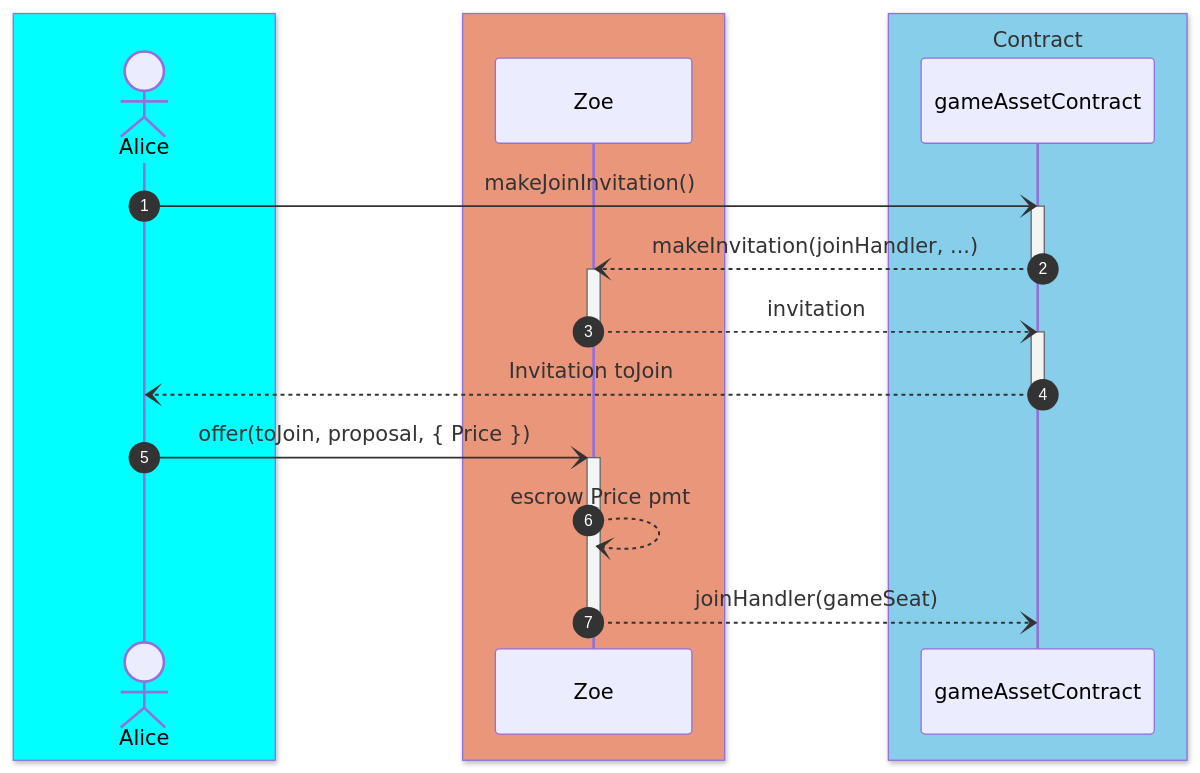
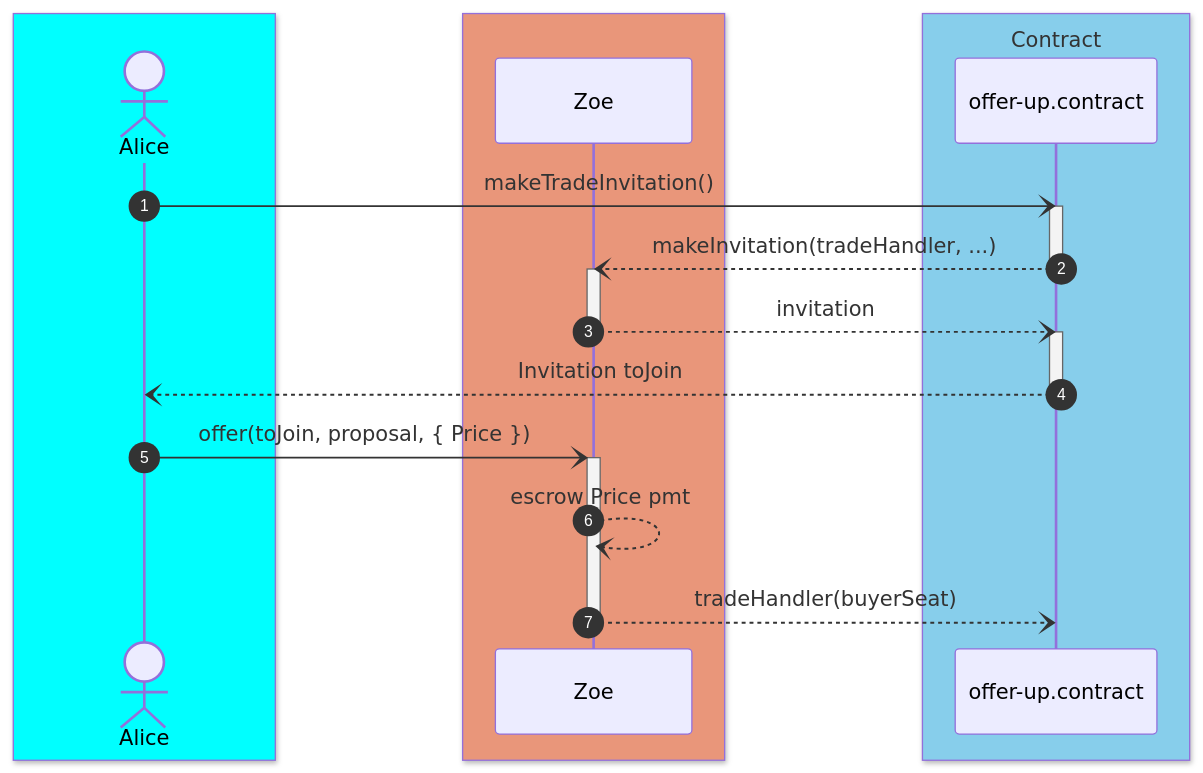
The diagram in main/guides/zoe/assets/trade-offer-safety-3.mmd (Agoric/documentation), drawn with Mermaid before and after one commit. The commit also changed 9 other files, not shown here.

Commit message:
docs: update mermaid diagrams

```diff
--- a/main/guides/zoe/assets/trade-offer-safety-3.mmd
+++ b/main/guides/zoe/assets/trade-offer-safety-3.mmd
@@ -1,29 +1,29 @@
 sequenceDiagram
   autonumber
 
   box aqua
   actor A as Alice
   end
 
   box darksalmon
   participant Zoe
   end
 
   box skyblue Contract
-  participant C as gameAssetContract
+  participant C as offer-up.contract
   end
 
-    A-)C: makeJoinInvitation()
+    A-)C: makeTradeInvitation()
     activate C
-    C--)Zoe: makeInvitation(joinHandler, ...)
+    C--)Zoe: makeInvitation(tradeHandler, ...)
     deactivate C
     activate Zoe
     Zoe--)-C: invitation
     activate C
     C--)A: Invitation toJoin
     deactivate C
     A-)+Zoe: offer(toJoin, proposal, { Price })
 
     Zoe--)Zoe: escrow Price pmt
 
-    Zoe--)-C: joinHandler(gameSeat)
+    Zoe--)-C: tradeHandler(buyerSeat)
```
